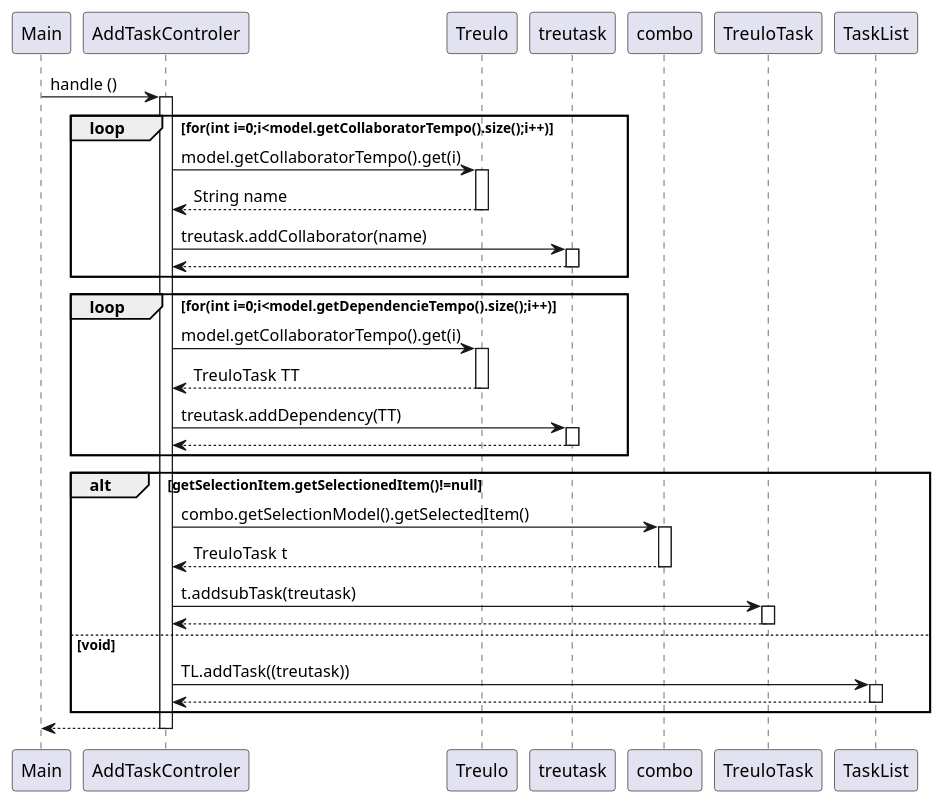
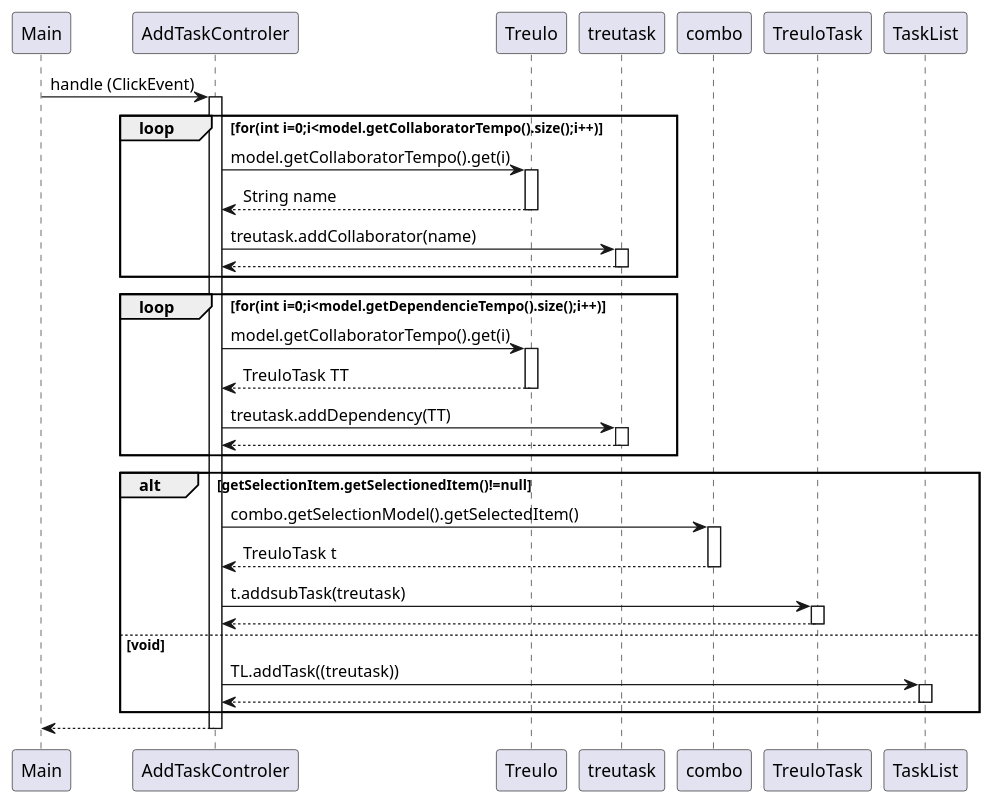
One commit to Fiera42/SAE-3.01-D-veloppement-d-applications changed the diagram in project/Document/iteration 2/Ajouter_Tache.puml. Above: the diagram before and after it, drawn with PlantUML. The commit also changed 1 other file, not shown here.

Commit message:
Ajout diagramme de sequence boutton retour

```diff
--- a/project/Document/iteration 2/Ajouter_Tache.puml
+++ b/project/Document/iteration 2/Ajouter_Tache.puml
@@ -1,51 +1,51 @@
 @startuml
 
-Main -> AddTaskControler : handle ()
+Main -> AddTaskControler : handle (ClickEvent)
 activate AddTaskControler
 loop for(int i=0;i<model.getCollaboratorTempo().size();i++)
 AddTaskControler -> Treulo : model.getCollaboratorTempo().get(i)
 activate Treulo
 Treulo --> AddTaskControler : String name
 deactivate Treulo
 AddTaskControler -> treutask :treutask.addCollaborator(name)
 activate treutask
 treutask --> AddTaskControler
 deactivate treutask
 end
 
 loop for(int i=0;i<model.getDependencieTempo().size();i++)
 AddTaskControler -> Treulo : model.getCollaboratorTempo().get(i)
 activate Treulo
 Treulo --> AddTaskControler : TreuloTask TT
 deactivate Treulo
 AddTaskControler -> treutask :treutask.addDependency(TT)
 activate treutask
 treutask --> AddTaskControler
 deactivate treutask
 end
 
 alt getSelectionItem.getSelectionedItem()!=null
 AddTaskControler -> combo : combo.getSelectionModel().getSelectedItem()
 activate combo
 
 combo --> AddTaskControler : TreuloTask t
 deactivate combo
 
 AddTaskControler ->TreuloTask : t.addsubTask(treutask)
 activate TreuloTask
 TreuloTask --> AddTaskControler
 deactivate TreuloTask
 
 else void
 AddTaskControler -> TaskList : TL.addTask((treutask))
 activate TaskList
 TaskList --> AddTaskControler
 deactivate TaskList
 end
 
 
 AddTaskControler --> Main
 deactivate AddTaskControler
 
 
 @enduml
```
